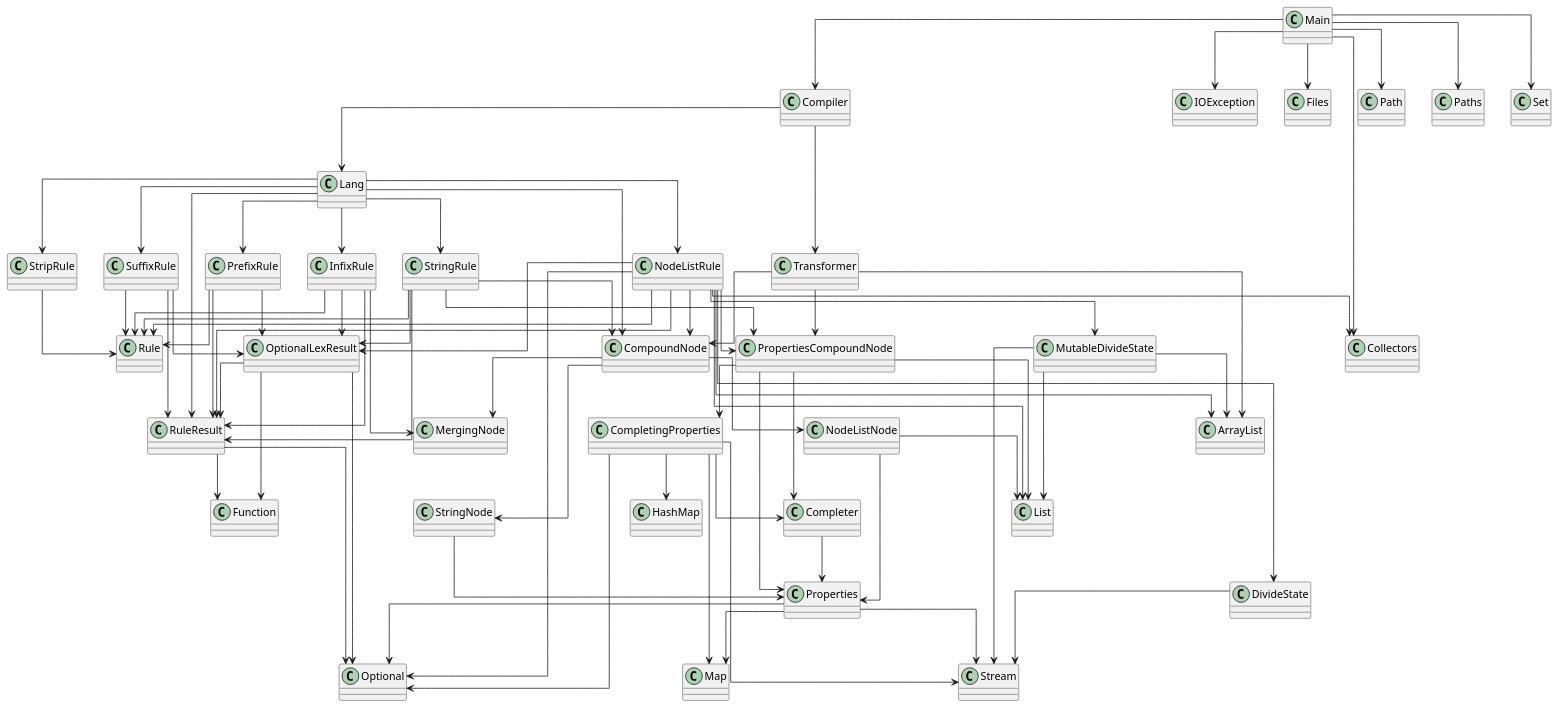
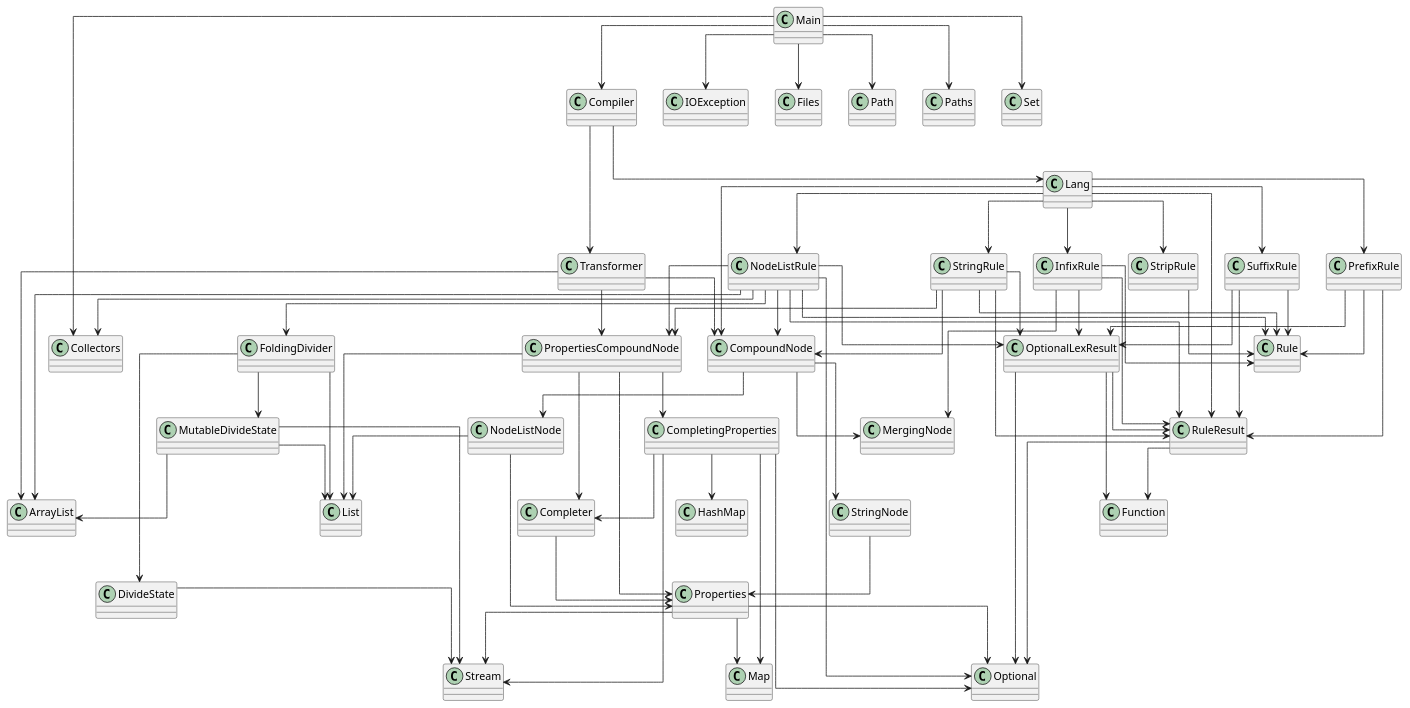
One commit to SirMathhman/Magma changed the diagram in diagram.puml. Above: the diagram before and after it, drawn with PlantUML. The commit also changed 4 other files, not shown here.

```diff
--- a/diagram.puml
+++ b/diagram.puml
@@ -1,101 +1,103 @@
 @startuml
 skinparam linetype ortho
 class Properties
 Properties --> Map
 Properties --> Optional
 Properties --> Stream
 class PropertiesCompoundNode
 PropertiesCompoundNode --> CompletingProperties
 PropertiesCompoundNode --> Properties
 PropertiesCompoundNode --> Completer
 PropertiesCompoundNode --> List
+class FoldingDivider
+FoldingDivider --> DivideState
+FoldingDivider --> MutableDivideState
+FoldingDivider --> List
 class Transformer
 Transformer --> CompoundNode
 Transformer --> PropertiesCompoundNode
 Transformer --> ArrayList
-class MutableDivideState
-MutableDivideState --> ArrayList
-MutableDivideState --> List
-MutableDivideState --> Stream
+class DivideState
+DivideState --> Stream
 class InfixRule
 InfixRule --> Rule
 InfixRule --> MergingNode
 InfixRule --> RuleResult
 InfixRule --> OptionalLexResult
 class NodeListRule
 NodeListRule --> Rule
 NodeListRule --> CompoundNode
 NodeListRule --> PropertiesCompoundNode
-NodeListRule --> DivideState
-NodeListRule --> MutableDivideState
+NodeListRule --> FoldingDivider
 NodeListRule --> RuleResult
 NodeListRule --> OptionalLexResult
 NodeListRule --> ArrayList
-NodeListRule --> List
 NodeListRule --> Optional
 NodeListRule --> Collectors
-class DivideState
-DivideState --> Stream
 class RuleResult
 RuleResult --> Optional
 RuleResult --> Function
 class StripRule
 StripRule --> Rule
 class MergingNode
 class Completer
 Completer --> Properties
 class OptionalLexResult
 OptionalLexResult --> RuleResult
 OptionalLexResult --> Optional
 OptionalLexResult --> Function
 class StringRule
 StringRule --> Rule
 StringRule --> CompoundNode
 StringRule --> PropertiesCompoundNode
 StringRule --> RuleResult
 StringRule --> OptionalLexResult
 class Rule
 class PrefixRule
 PrefixRule --> Rule
 PrefixRule --> RuleResult
 PrefixRule --> OptionalLexResult
 class NodeListNode
 NodeListNode --> Properties
 NodeListNode --> List
 class CompoundNode
 CompoundNode --> MergingNode
 CompoundNode --> NodeListNode
 CompoundNode --> StringNode
+class MutableDivideState
+MutableDivideState --> ArrayList
+MutableDivideState --> List
+MutableDivideState --> Stream
 class Lang
 Lang --> CompoundNode
 Lang --> NodeListRule
 Lang --> InfixRule
 Lang --> PrefixRule
 Lang --> StringRule
 Lang --> StripRule
 Lang --> SuffixRule
 Lang --> RuleResult
 class Main
 Main --> Compiler
 Main --> IOException
 Main --> Files
 Main --> Path
 Main --> Paths
 Main --> Set
 Main --> Collectors
 class CompletingProperties
 CompletingProperties --> Completer
 CompletingProperties --> HashMap
 CompletingProperties --> Map
 CompletingProperties --> Optional
 CompletingProperties --> Stream
 class SuffixRule
 SuffixRule --> Rule
 SuffixRule --> RuleResult
 SuffixRule --> OptionalLexResult
 class Compiler
 Compiler --> Lang
 Compiler --> Transformer
 class StringNode
 StringNode --> Properties
 @enduml
```
